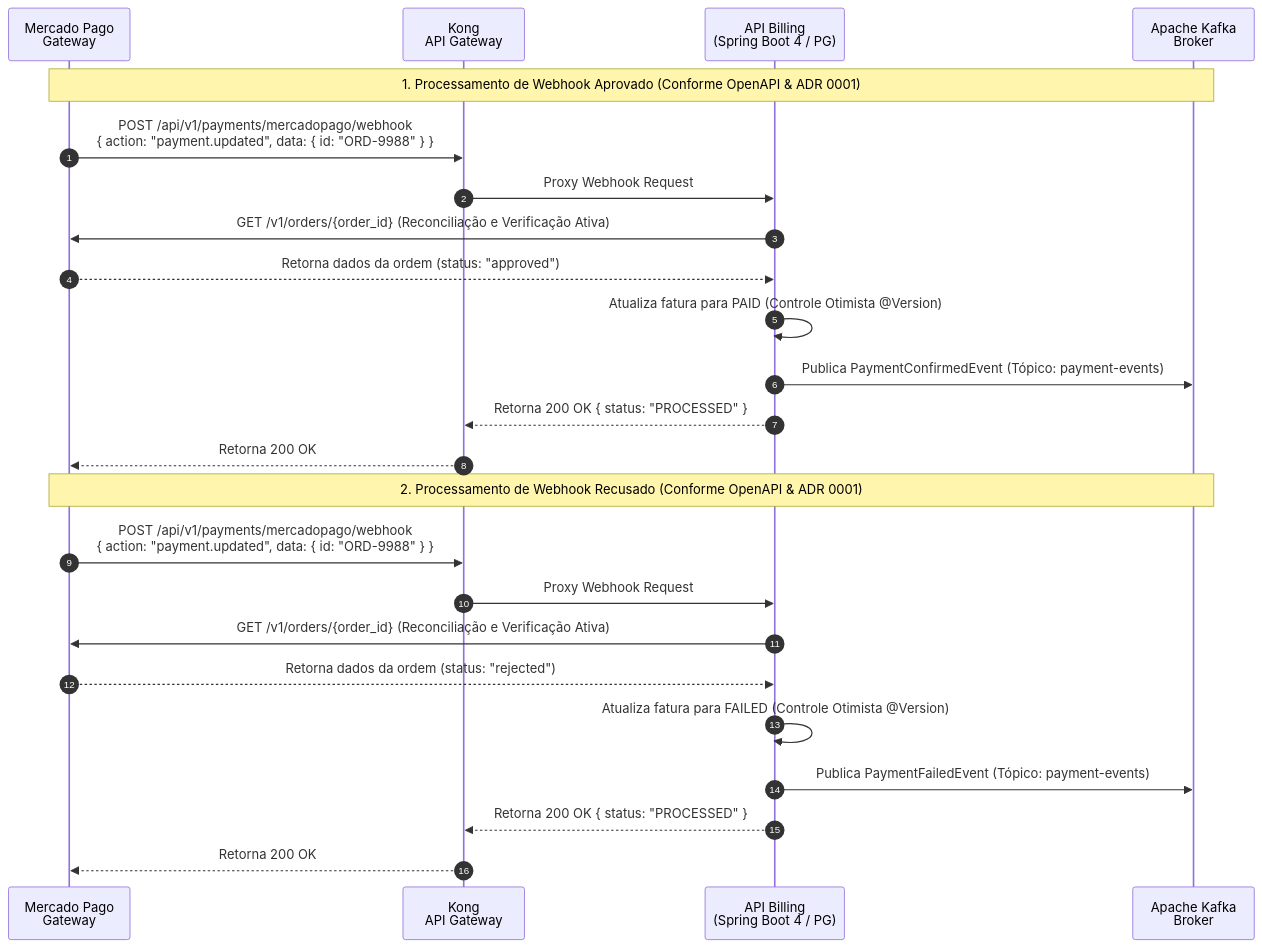
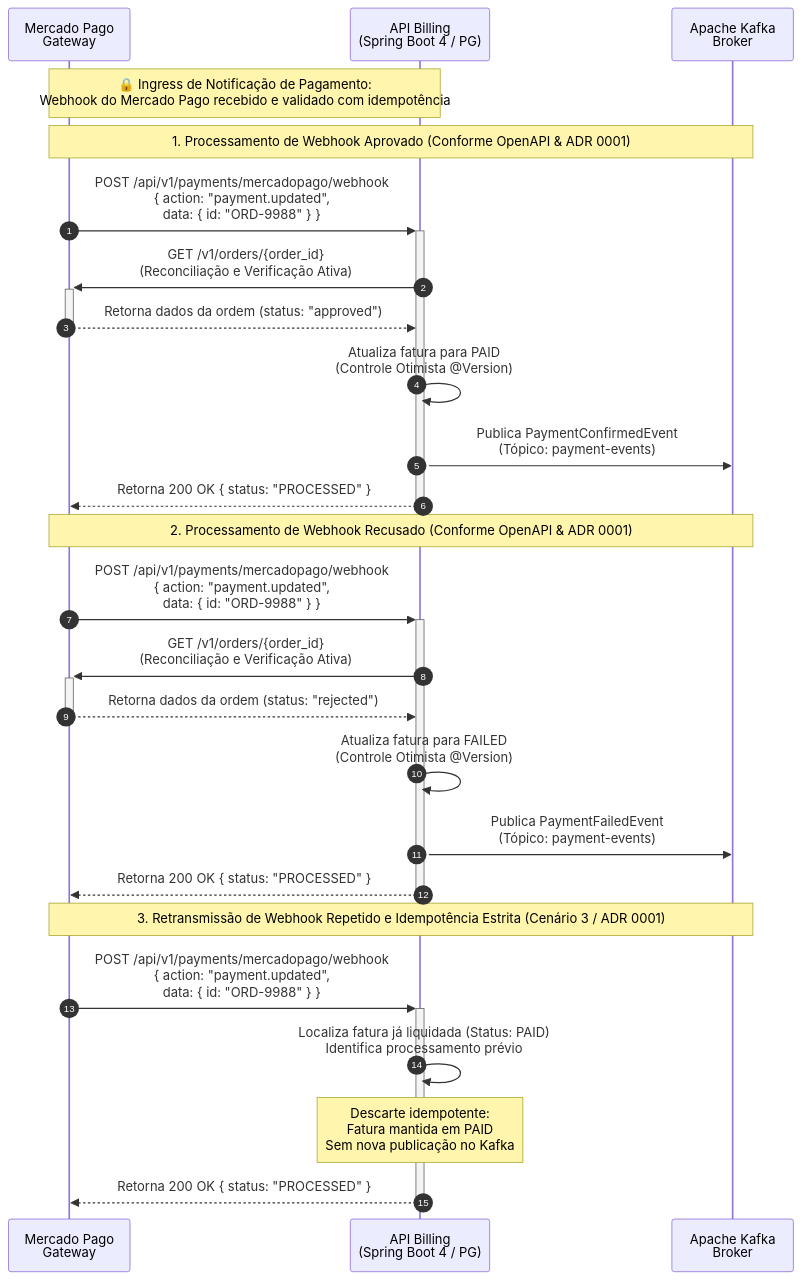
The diagram in src/test/resources/features/billing/payment_webhook_processing.md (rodsordi/15soat-phase4-e2e), drawn with Mermaid before and after one commit. The commit also changed other lines of this file and 90 other files, not shown here.

````diff
--- a/src/test/resources/features/billing/payment_webhook_processing.md
+++ b/src/test/resources/features/billing/payment_webhook_processing.md
@@ -16,30 +19,34 @@
 ```mermaid
 sequenceDiagram
     autonumber
     participant MP as Mercado Pago<br/>Gateway
-    participant Kong as Kong<br/>API Gateway
     participant Billing as API Billing<br/>(Spring Boot 4 / PG)
     participant Kafka as Apache Kafka<br/>Broker
 
+    Note over MP,Billing: 🔒 Ingress de Notificação de Pagamento:<br/>Webhook do Mercado Pago recebido e validado com idempotência
+
     %% Pagamento Aprovado
     Note over MP,Kafka: 1. Processamento de Webhook Aprovado (Conforme OpenAPI & ADR 0001)
-    MP->>Kong: POST /api/v1/payments/mercadopago/webhook<br/>{ action: "payment.updated", data: { id: "ORD-9988" } }
-    Kong->>Billing: Proxy Webhook Request
-    Billing->>MP: GET /v1/orders/{order_id} (Reconciliação e Verificação Ativa)
-    MP-->>Billing: Retorna dados da ordem (status: "approved")
-    Billing->>Billing: Atualiza fatura para PAID (Controle Otimista @Version)
-    Billing->>Kafka: Publica PaymentConfirmedEvent (Tópico: payment-events)
-    Billing-->>Kong: Retorna 200 OK { status: "PROCESSED" }
-    Kong-->>MP: Retorna 200 OK
+    MP->>+Billing: POST /api/v1/payments/mercadopago/webhook<br/>{ action: "payment.updated",<br/>  data: { id: "ORD-9988" } }
+    Billing->>+MP: GET /v1/orders/{order_id}<br/>(Reconciliação e Verificação Ativa)
+    MP-->>-Billing: Retorna dados da ordem (status: "approved")
+    Billing->>Billing: Atualiza fatura para PAID<br/>(Controle Otimista @Version)
+    Billing->>Kafka: Publica PaymentConfirmedEvent<br/>(Tópico: payment-events)
+    Billing-->>-MP: Retorna 200 OK { status: "PROCESSED" }
 
     %% Pagamento Recusado
     Note over MP,Kafka: 2. Processamento de Webhook Recusado (Conforme OpenAPI & ADR 0001)
-    MP->>Kong: POST /api/v1/payments/mercadopago/webhook<br/>{ action: "payment.updated", data: { id: "ORD-9988" } }
-    Kong->>Billing: Proxy Webhook Request
-    Billing->>MP: GET /v1/orders/{order_id} (Reconciliação e Verificação Ativa)
-    MP-->>Billing: Retorna dados da ordem (status: "rejected")
-    Billing->>Billing: Atualiza fatura para FAILED (Controle Otimista @Version)
-    Billing->>Kafka: Publica PaymentFailedEvent (Tópico: payment-events)
-    Billing-->>Kong: Retorna 200 OK { status: "PROCESSED" }
-    Kong-->>MP: Retorna 200 OK
+    MP->>+Billing: POST /api/v1/payments/mercadopago/webhook<br/>{ action: "payment.updated",<br/>  data: { id: "ORD-9988" } }
+    Billing->>+MP: GET /v1/orders/{order_id}<br/>(Reconciliação e Verificação Ativa)
+    MP-->>-Billing: Retorna dados da ordem (status: "rejected")
+    Billing->>Billing: Atualiza fatura para FAILED<br/>(Controle Otimista @Version)
+    Billing->>Kafka: Publica PaymentFailedEvent<br/>(Tópico: payment-events)
+    Billing-->>-MP: Retorna 200 OK { status: "PROCESSED" }
+
+    %% Retransmissão / Idempotência
+    Note over MP,Kafka: 3. Retransmissão de Webhook Repetido e Idempotência Estrita (Cenário 3 / ADR 0001)
+    MP->>+Billing: POST /api/v1/payments/mercadopago/webhook<br/>{ action: "payment.updated",<br/>  data: { id: "ORD-9988" } }
+    Billing->>Billing: Localiza fatura já liquidada (Status: PAID)<br/>Identifica processamento prévio
+    Note over Billing: Descarte idempotente:<br/>Fatura mantida em PAID<br/>Sem nova publicação no Kafka
+    Billing-->>-MP: Retorna 200 OK { status: "PROCESSED" }
 ```
````
